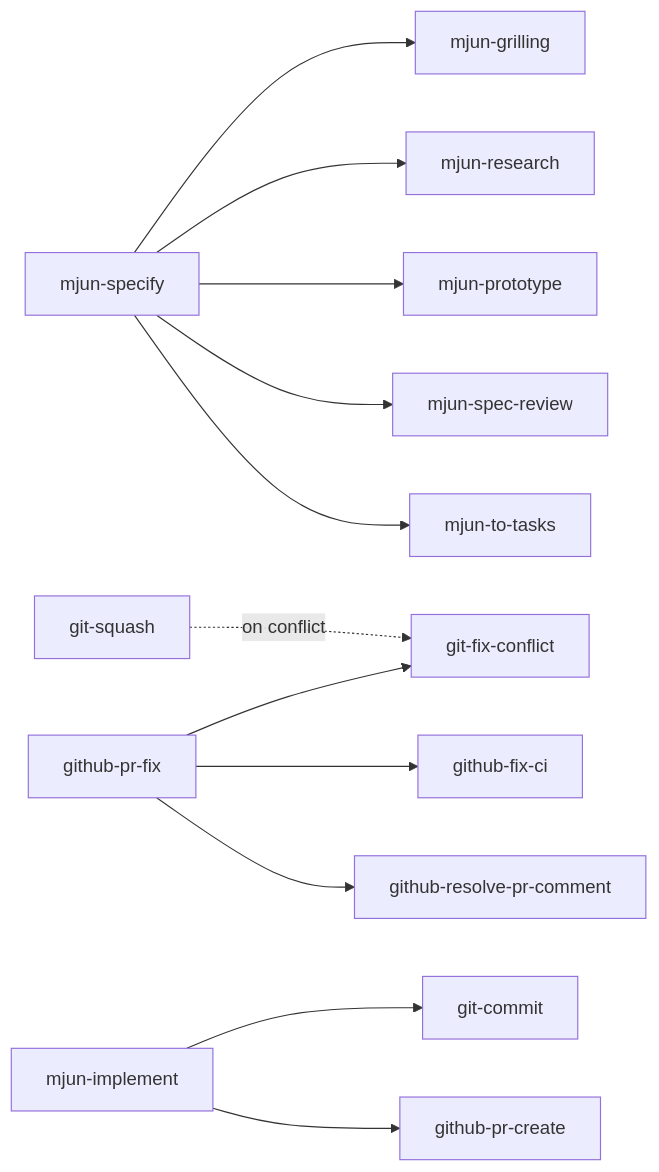
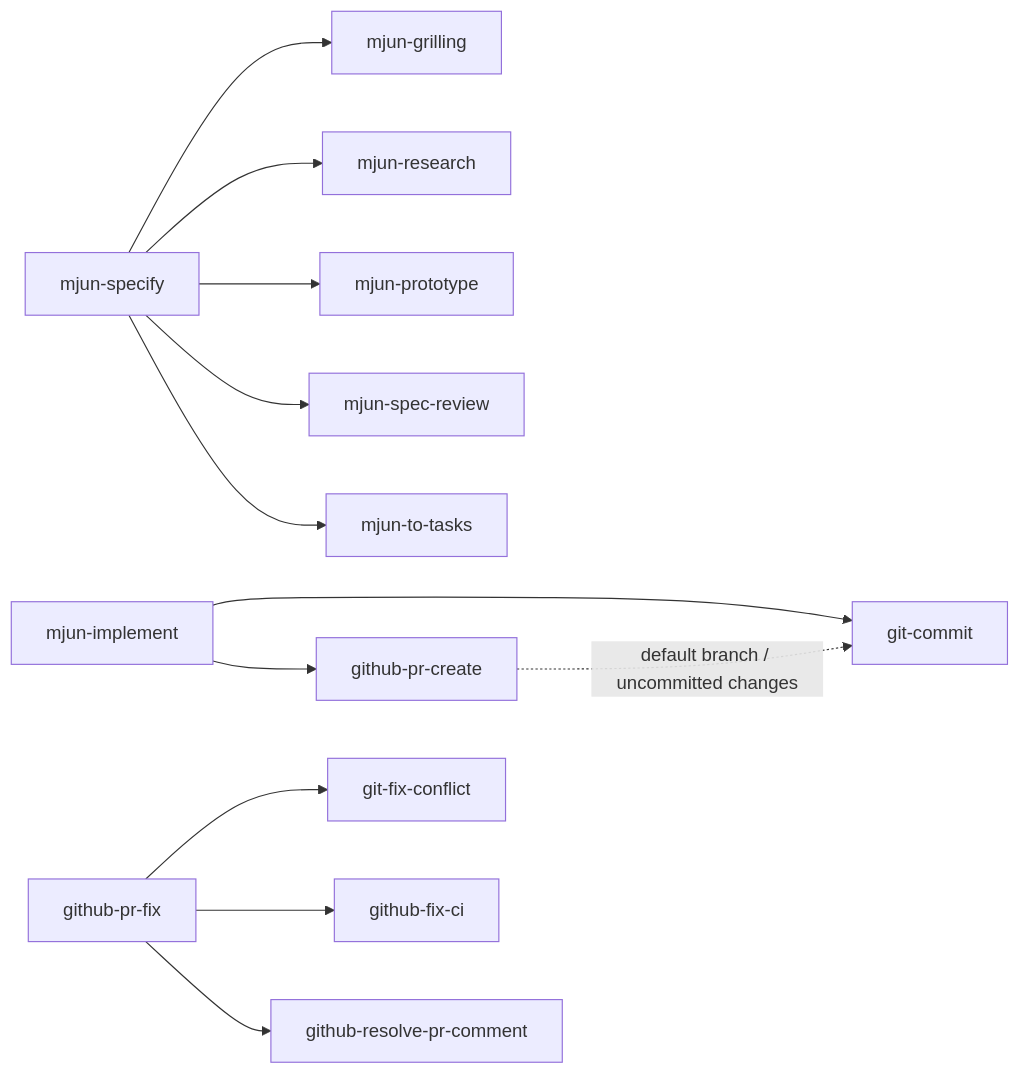
Before and after one commit to mjun0812/dotfiles: the diagram in doc/skills.md, drawn with Mermaid. The commit also changed other lines of this file and 7 other files, not shown here.

````diff
--- a/doc/skills.md
+++ b/doc/skills.md
@@ -129,17 +129,17 @@
 ```mermaid
 graph LR
-    git-squash -. on conflict .-> git-fix-conflict
+    github-pr-create -. default branch / uncommitted changes .-> git-commit
 
     mjun-specify --> mjun-grilling
     mjun-specify --> mjun-research
     mjun-specify --> mjun-prototype
     mjun-specify --> mjun-spec-review
     mjun-specify --> mjun-to-tasks
 
     mjun-implement --> git-commit
     mjun-implement --> github-pr-create
 
     github-pr-fix --> git-fix-conflict
     github-pr-fix --> github-fix-ci
     github-pr-fix --> github-resolve-pr-comment
 ```
````
